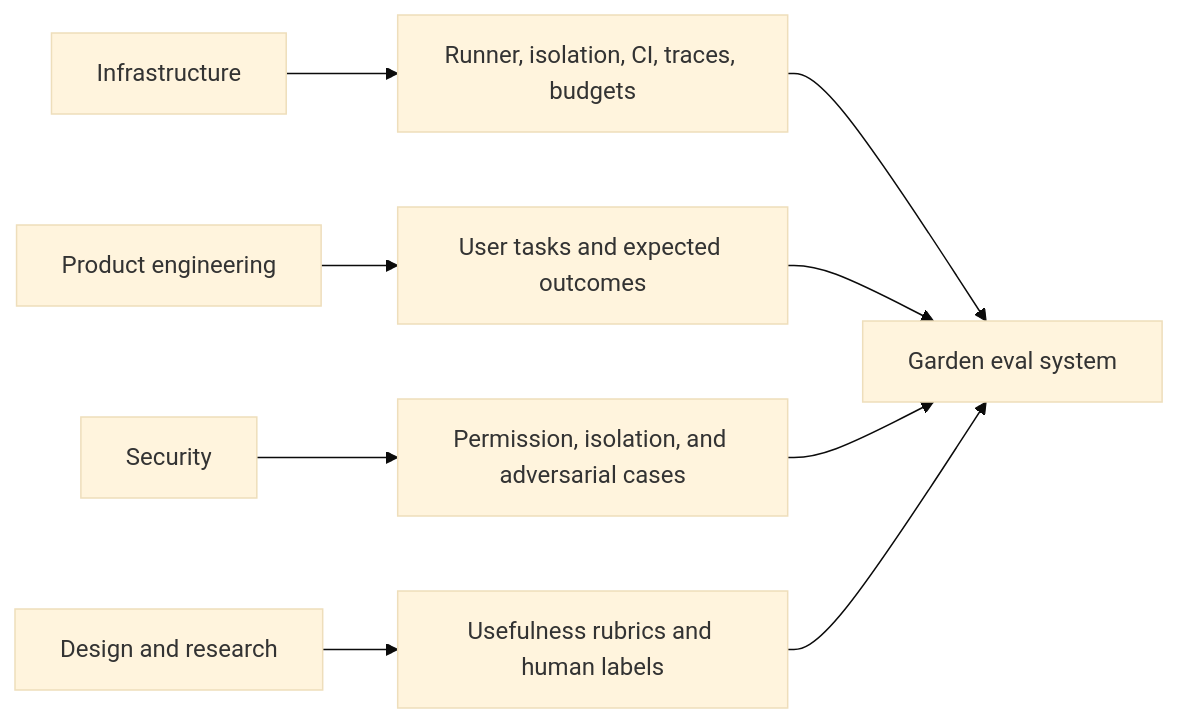
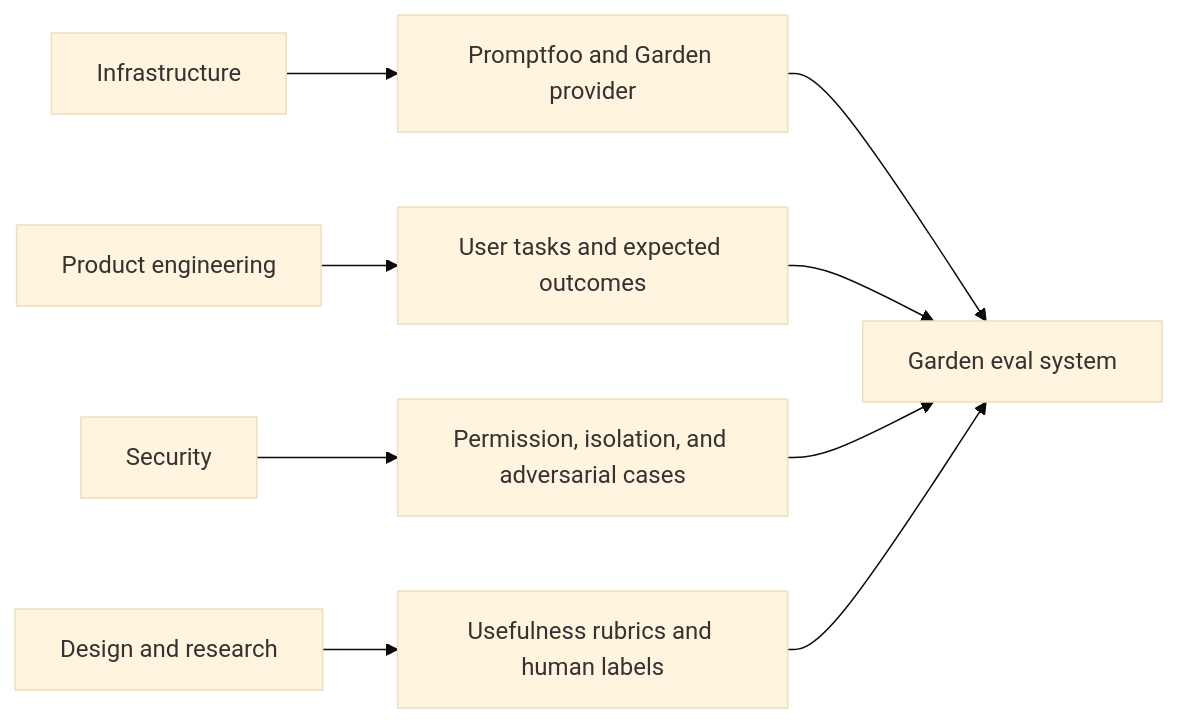
The tenth of 10 diagrams in docs/features/evaluation-system-design.md (Flow-Research/garden), drawn with Mermaid (base theme) before and after one commit. The commit also changed other lines of this file and 13 other files, not shown here.

````diff
--- a/docs/features/evaluation-system-design.md
+++ b/docs/features/evaluation-system-design.md
@@ -650,12 +714,12 @@
 ```mermaid
 flowchart LR
   Infra[Infrastructure] --> Runner[Runner, isolation, CI, traces, budgets]
   Product[Product engineering] --> Tasks[User tasks and expected outcomes]
   Security[Security] --> Safety[Permission, isolation, and adversarial cases]
   Design[Design and research] --> Rubrics[Usefulness rubrics and human labels]
 
-  Runner --> EvalSystem[Garden eval system]
+  Runner[Promptfoo and Garden provider] --> EvalSystem[Garden eval system]
   Tasks --> EvalSystem
   Safety --> EvalSystem
   Rubrics --> EvalSystem
 ```
````
